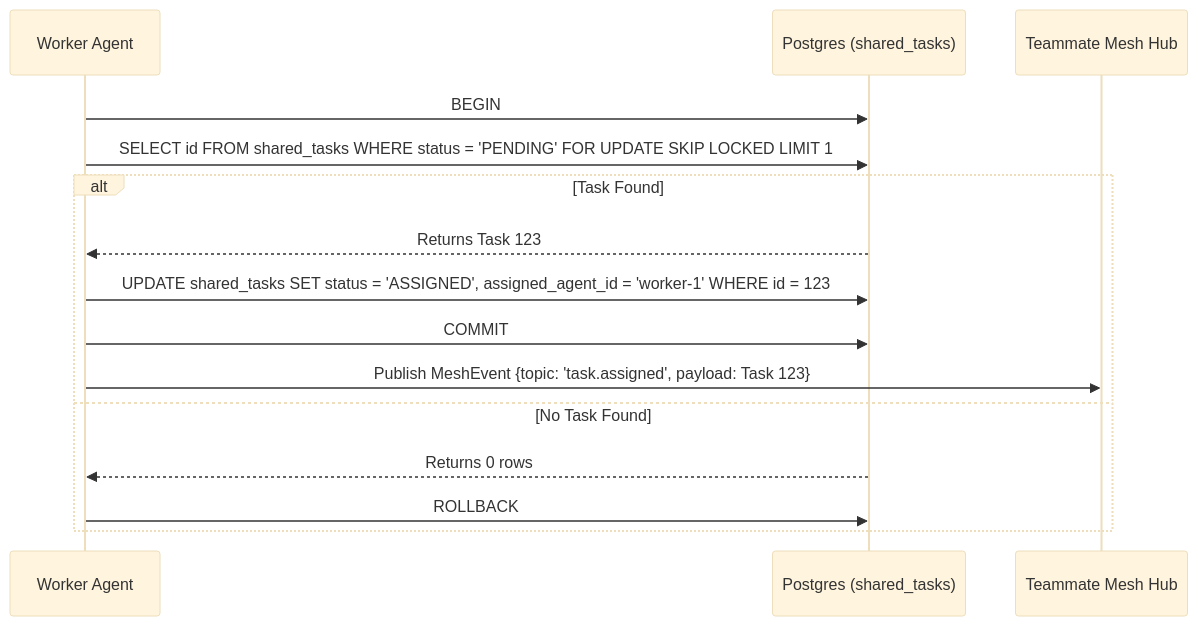
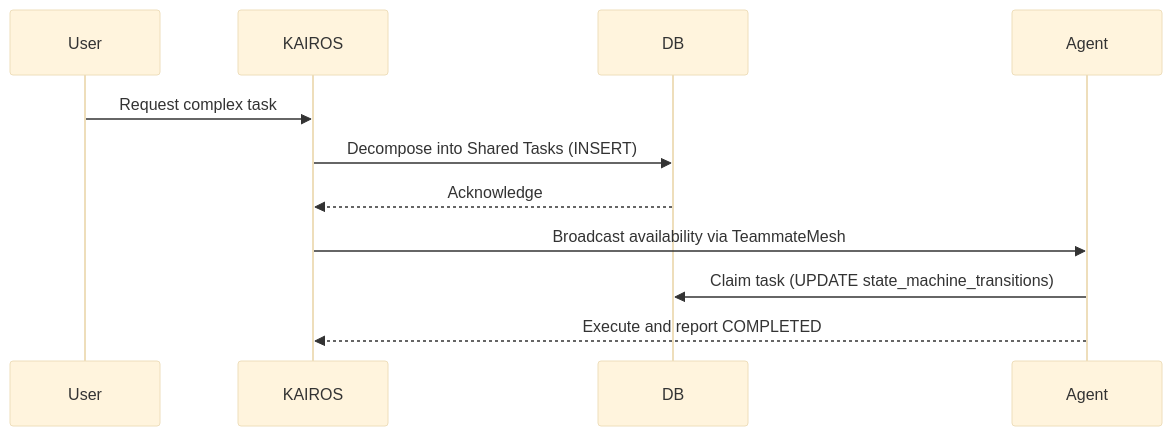
The first of 2 diagrams in docs/KAIROS_AI_OS_DESIGN.md (omnisolo-llc/onehumancorp), drawn with Mermaid (base theme) before and after one commit. The commit also changed other lines of this file and 3 other files, not shown here.

First line of the commit message:
🚀 KAIROS: Architect Teammate Mesh and Shared Task List (#3644)

````diff
--- a/docs/KAIROS_AI_OS_DESIGN.md
+++ b/docs/KAIROS_AI_OS_DESIGN.md
@@ -10,18 +13,14 @@
 ```mermaid
 sequenceDiagram
-    participant Agent as Worker Agent
-    participant DB as Postgres (shared_tasks)
-    participant Hub as Teammate Mesh Hub
+    participant User
+    participant KAIROS
+    participant DB
+    participant Agent
 
-    Agent->>DB: BEGIN
-    Agent->>DB: SELECT id FROM shared_tasks WHERE status = 'PENDING' FOR UPDATE SKIP LOCKED LIMIT 1
-    alt Task Found
-        DB-->>Agent: Returns Task 123
-        Agent->>DB: UPDATE shared_tasks SET status = 'ASSIGNED', assigned_agent_id = 'worker-1' WHERE id = 123
-        Agent->>DB: COMMIT
-        Agent->>Hub: Publish MeshEvent {topic: 'task.assigned', payload: Task 123}
-    else No Task Found
-        DB-->>Agent: Returns 0 rows
-        Agent->>DB: ROLLBACK
-    end
+    User->>KAIROS: Request complex task
+    KAIROS->>DB: Decompose into Shared Tasks (INSERT)
+    DB-->>KAIROS: Acknowledge
+    KAIROS->>Agent: Broadcast availability via TeammateMesh
+    Agent->>DB: Claim task (UPDATE state_machine_transitions)
+    Agent-->>KAIROS: Execute and report COMPLETED
 ```
````
